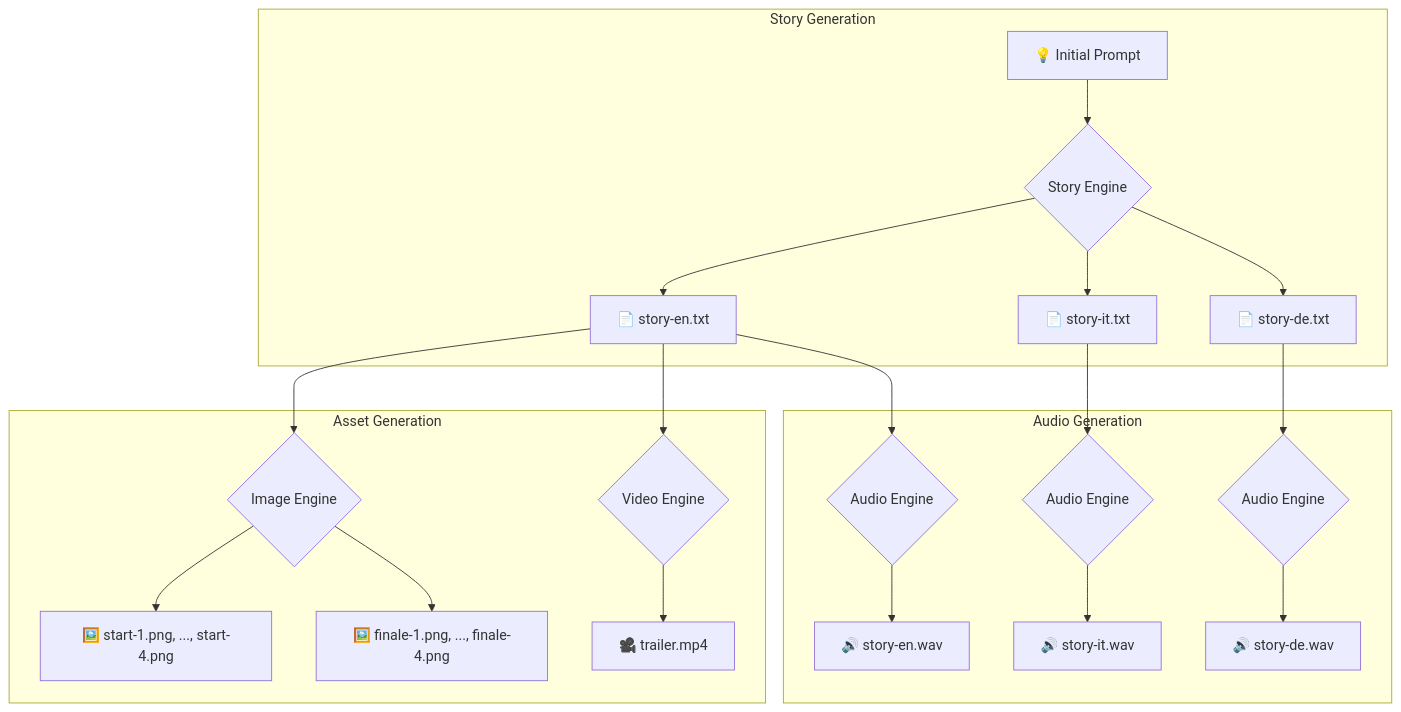
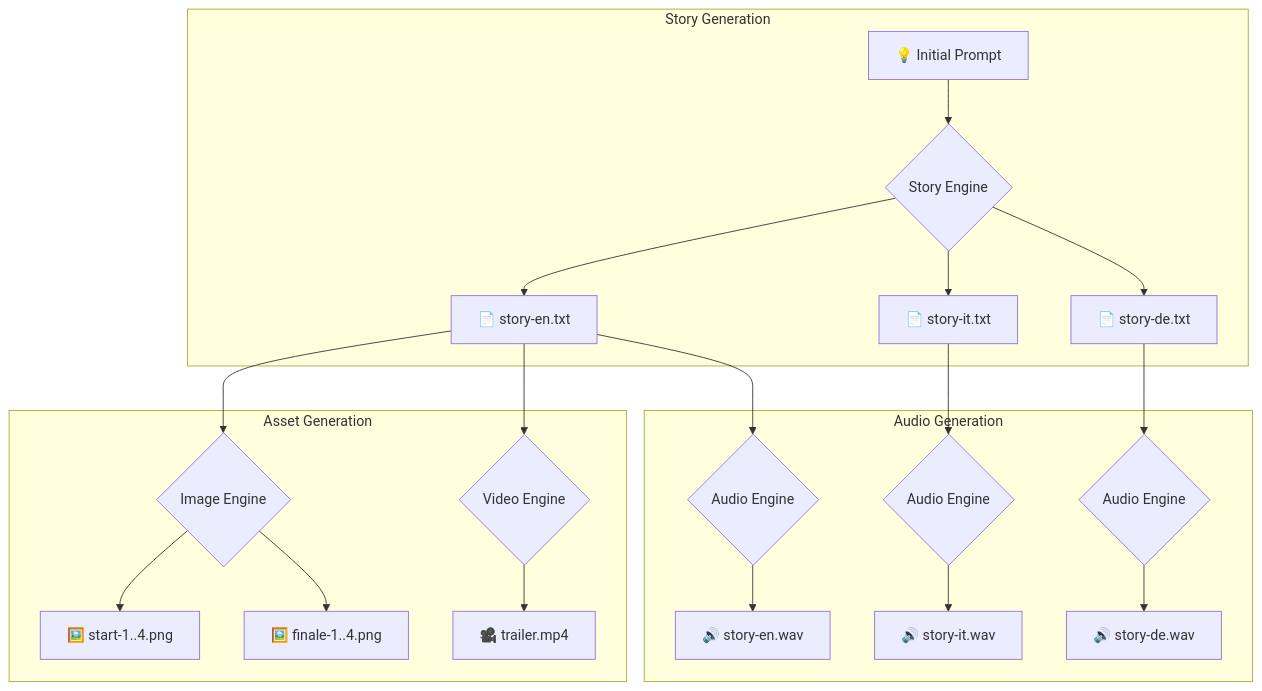
Before and after one commit to palladius/gemini-cli-demos: the first of 2 diagrams in demos/mcp-video-creation/out/ale-modena/README.md, drawn with Mermaid. The commit also changed other lines of this file and 2 other files, not shown here.

````diff
--- a/demos/mcp-video-creation/out/ale-modena/README.md
+++ b/demos/mcp-video-creation/out/ale-modena/README.md
@@ -9,26 +9,26 @@
 ```mermaid
 graph TD
     subgraph Story Generation
         A[💡 Initial Prompt] --> B{Story Engine};
         B --> C[📄 story-en.txt];
         B --> D[📄 story-it.txt];
         B --> E[📄 story-de.txt];
     end
 
     subgraph Audio Generation
         C --> F{Audio Engine};
         F --> G[🔊 story-en.wav];
         D --> H{Audio Engine};
         H --> I[🔊 story-it.wav];
         E --> J{Audio Engine};
         J --> K[🔊 story-de.wav];
     end
 
     subgraph Asset Generation
         C --> L{Image Engine};
-        L --> M[🖼️ start-1.png, ..., start-4.png];
-        L --> N[🖼️ finale-1.png, ..., finale-4.png];
+        L --> M[🖼️ start-1..4.png];
+        L --> N[🖼️ finale-1..4.png];
         C --> O{Video Engine};
         O --> P[🎥 trailer.mp4];
     end
 ```
````
